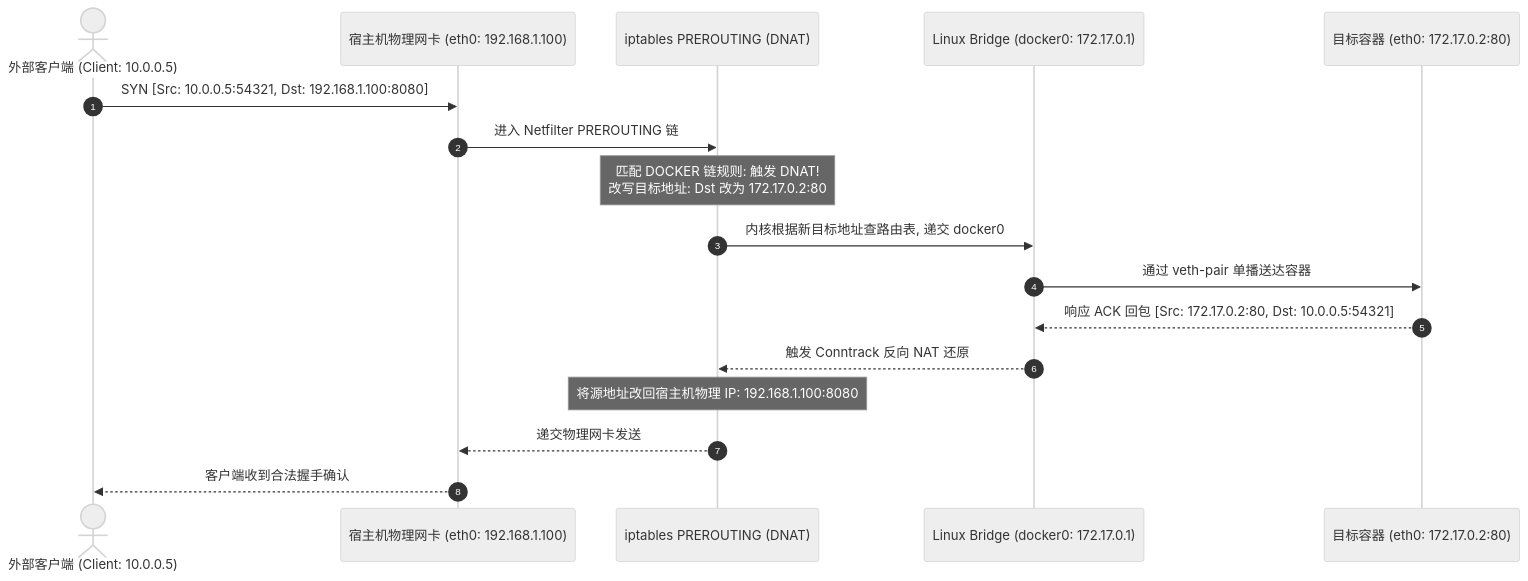
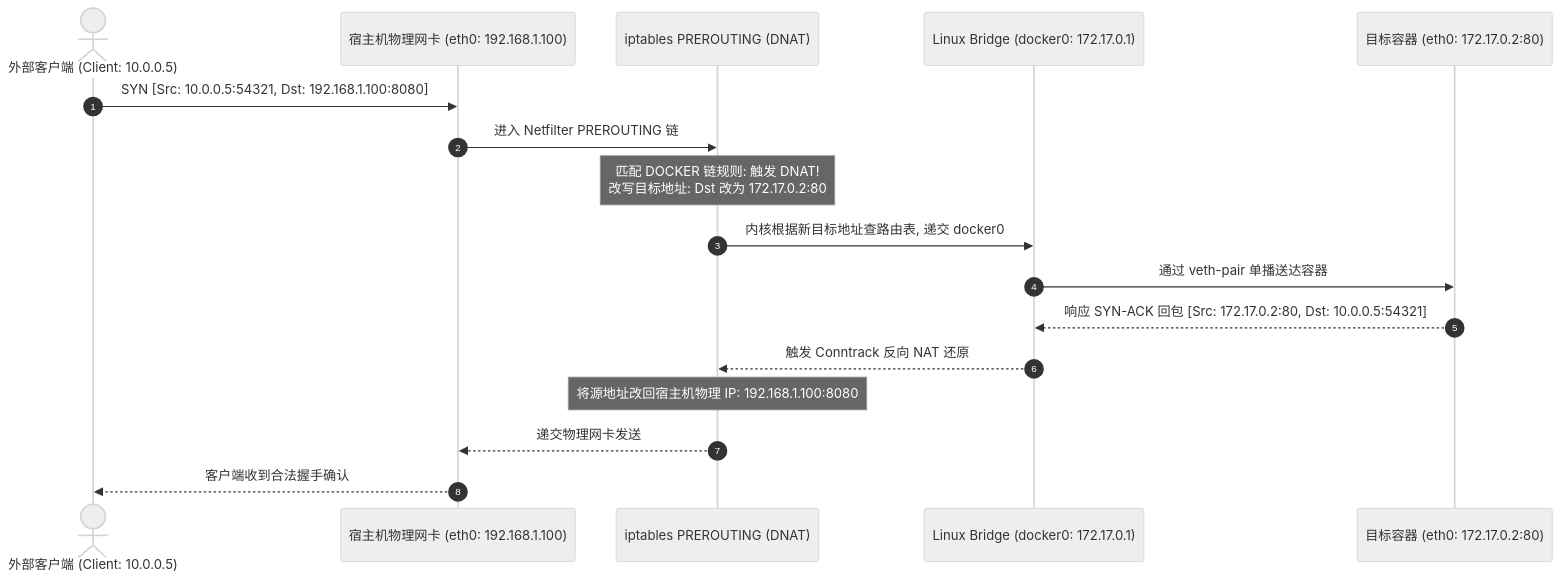
One commit to ifnodoraemon/ifnodoraemon.github.io changed the third of 4 diagrams in content/zh/articles/container-networking-veth-bridge-iptables.md. Above: the diagram before and after it, drawn with Mermaid (neutral theme). The commit also changed other lines of this file and 171 other files, not shown here.

````diff
--- a/content/zh/articles/container-networking-veth-bridge-iptables.md
+++ b/content/zh/articles/container-networking-veth-bridge-iptables.md
@@ -202,20 +202,20 @@
 ```mermaid
 sequenceDiagram
     autonumber
     actor Client as 外部客户端 (Client: 10.0.0.5)
     participant HostNIC as 宿主机物理网卡 (eth0: 192.168.1.100)
     participant Netfilter as iptables PREROUTING (DNAT)
     participant Bridge as Linux Bridge (docker0: 172.17.0.1)
     participant Container as 目标容器 (eth0: 172.17.0.2:80)
 
     Client->>HostNIC: SYN [Src: 10.0.0.5:54321, Dst: 192.168.1.100:8080]
     HostNIC->>Netfilter: 进入 Netfilter PREROUTING 链
     Note over Netfilter: 匹配 DOCKER 链规则: 触发 DNAT!<br/>改写目标地址: Dst 改为 172.17.0.2:80
     Netfilter->>Bridge: 内核根据新目标地址查路由表, 递交 docker0
     Bridge->>Container: 通过 veth-pair 单播送达容器
-    Container-->>Bridge: 响应 ACK 回包 [Src: 172.17.0.2:80, Dst: 10.0.0.5:54321]
+    Container-->>Bridge: 响应 SYN-ACK 回包 [Src: 172.17.0.2:80, Dst: 10.0.0.5:54321]
     Bridge-->>Netfilter: 触发 Conntrack 反向 NAT 还原
     Note over Netfilter: 将源地址改回宿主机物理 IP: 192.168.1.100:8080
     Netfilter-->>HostNIC: 递交物理网卡发送
     HostNIC-->>Client: 客户端收到合法握手确认
 ```
````
